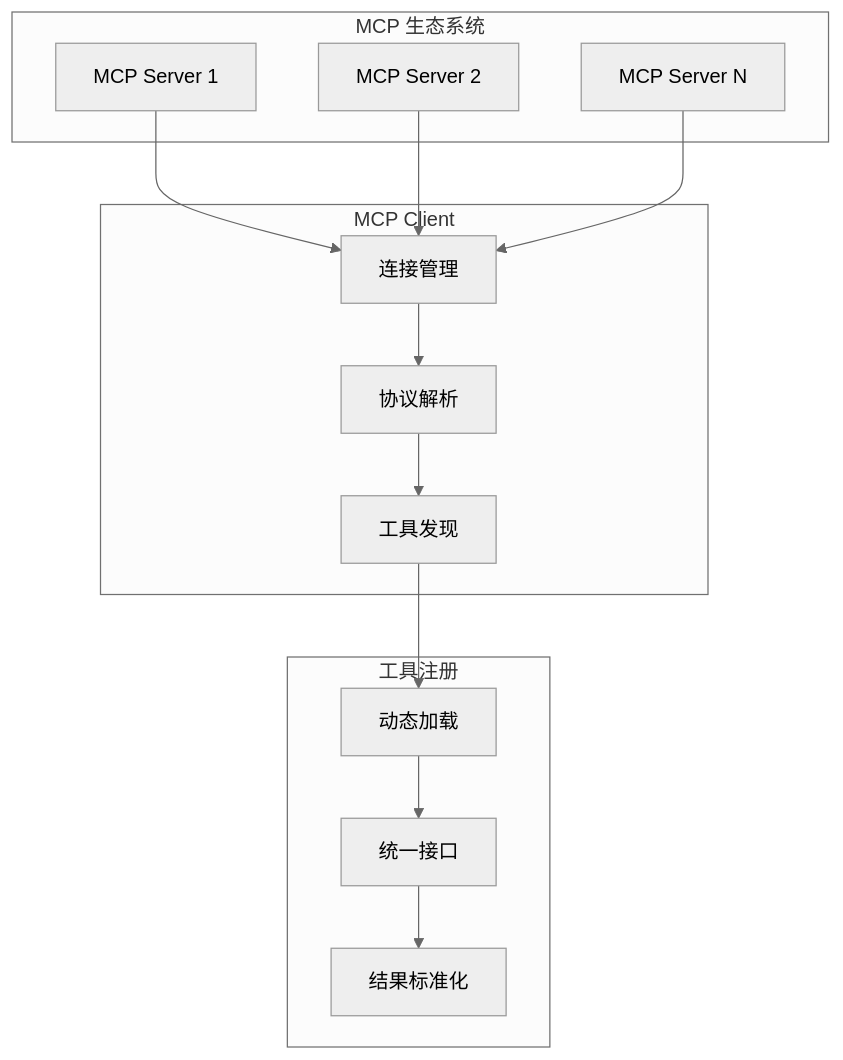
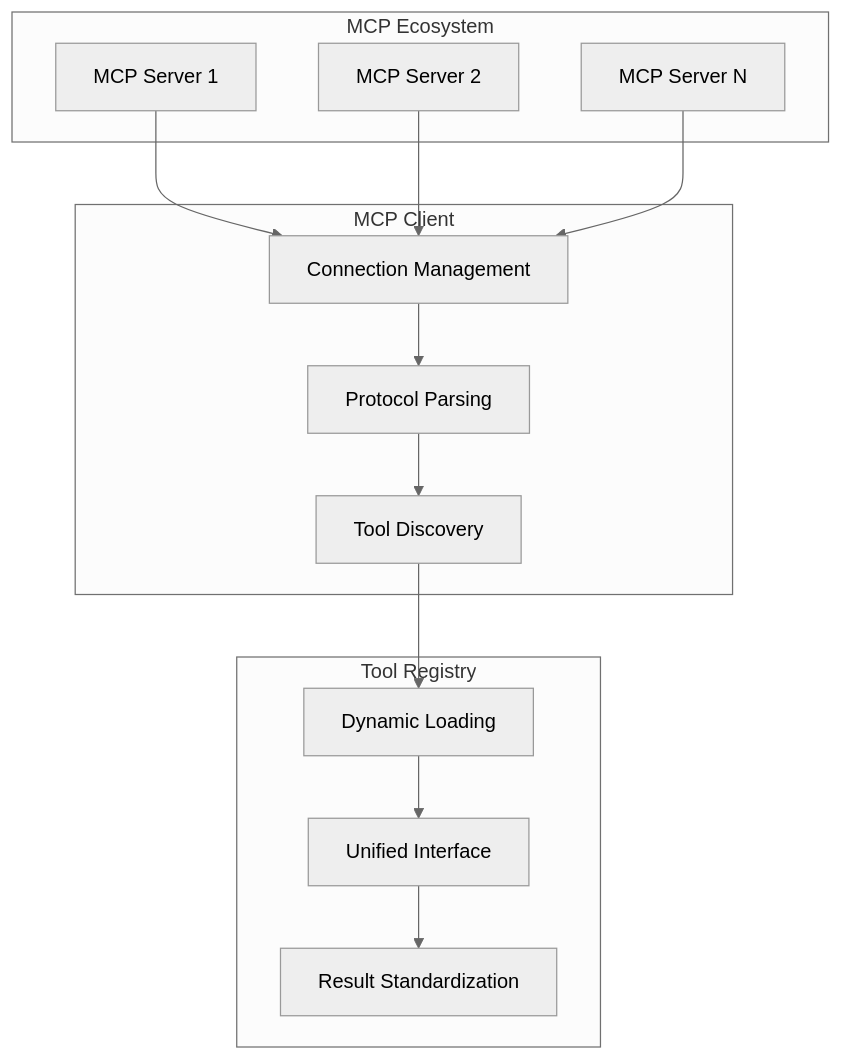
Before and after one commit to dyu55/My-Agent: the sixth of 11 diagrams in ROADMAP.md, drawn with Mermaid (neutral theme). The commit also changed other lines of this file and 2 other files, not shown here.

````diff
--- a/ROADMAP.md
+++ b/ROADMAP.md
@@ -176,24 +175,24 @@
 ```mermaid
 flowchart TD
-    subgraph MCP生态["MCP 生态系统"]
+    subgraph MCPEcosystem["MCP Ecosystem"]
         M1[MCP Server 1]
         M2[MCP Server 2]
         M3[MCP Server N]
     end
 
-    subgraph MCP客户端["MCP Client"]
-        MC1[连接管理]
-        MC2[协议解析]
-        MC3[工具发现]
+    subgraph MCPClient["MCP Client"]
+        MC1[Connection Management]
+        MC2[Protocol Parsing]
+        MC3[Tool Discovery]
     end
 
-    subgraph 工具注册["工具注册"]
-        TR1[动态加载]
-        TR2[统一接口]
-        TR3[结果标准化]
+    subgraph ToolRegistry["Tool Registry"]
+        TR1[Dynamic Loading]
+        TR2[Unified Interface]
+        TR3[Result Standardization]
     end
 
     M1 & M2 & M3 --> MC1
     MC1 --> MC2 --> MC3
     MC3 --> TR1 --> TR2 --> TR3
 ```
````
